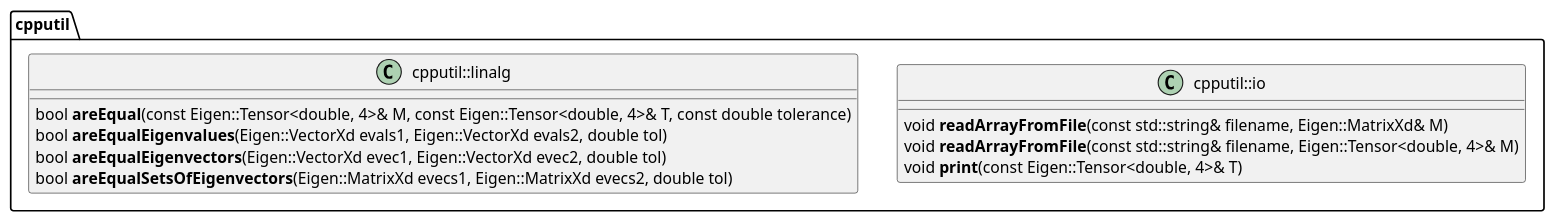
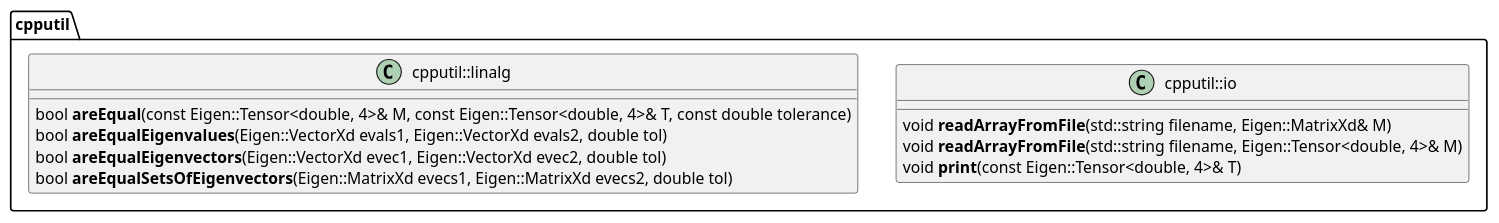
The diagram in docs/cpputil.puml (matt-chan/cpputil), drawn with PlantUML before and after one commit. The commit also changed 5 other files, not shown here.

Commit message:
Add test for readArrayFromFile. Clean up.

```diff
--- a/docs/cpputil.puml
+++ b/docs/cpputil.puml
@@ -1,21 +1,21 @@
 @startuml
 
 
 namespace cpputil {
 
     class cpputil::io {
-        void **readArrayFromFile**(const std::string& filename, Eigen::MatrixXd& M)
-        void **readArrayFromFile**(const std::string& filename, Eigen::Tensor<double, 4>& M)
+        void **readArrayFromFile**(std::string filename, Eigen::MatrixXd& M)
+        void **readArrayFromFile**(std::string filename, Eigen::Tensor<double, 4>& M)
         void **print**(const Eigen::Tensor<double, 4>& T)
     }
 
     class cpputil::linalg {
         bool **areEqual**(const Eigen::Tensor<double, 4>& M, const Eigen::Tensor<double, 4>& T, const double tolerance)
         bool **areEqualEigenvalues**(Eigen::VectorXd evals1, Eigen::VectorXd evals2, double tol)
         bool **areEqualEigenvectors**(Eigen::VectorXd evec1, Eigen::VectorXd evec2, double tol)
         bool **areEqualSetsOfEigenvectors**(Eigen::MatrixXd evecs1, Eigen::MatrixXd evecs2, double tol)
     }
 
 }
 
 @enduml
```
